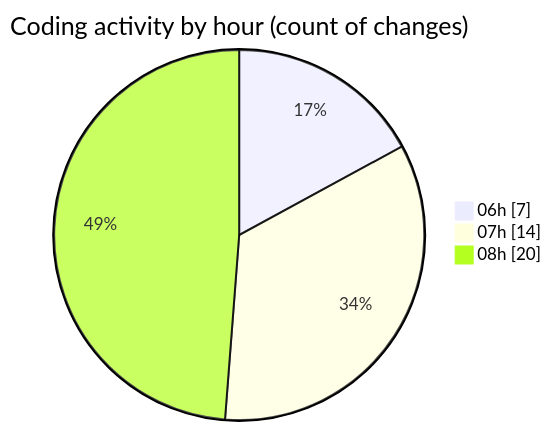
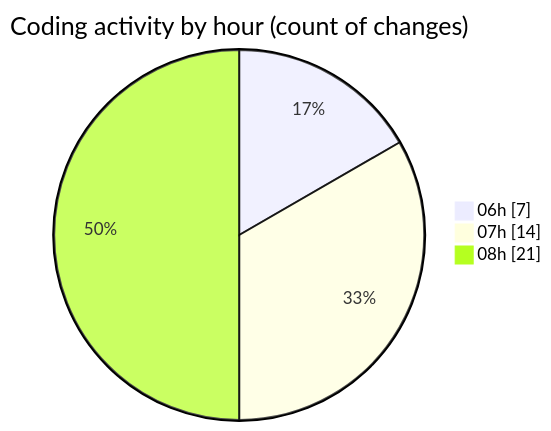
One commit to vahidmafi/code-tracking changed the second of 2 diagrams in 2025-04-18/zeytoon/README.md. Above: the diagram before and after it, drawn with Mermaid. The commit also changed other lines of this file and 1 other file, not shown here.

````diff
--- a/2025-04-18/zeytoon/README.md
+++ b/2025-04-18/zeytoon/README.md
@@ -36,7 +36,7 @@
 ```mermaid
 pie showData
 title Coding activity by hour (count of changes)
 "06h" : 7
 "07h" : 14
-"08h" : 20
+"08h" : 21
 ```
````
